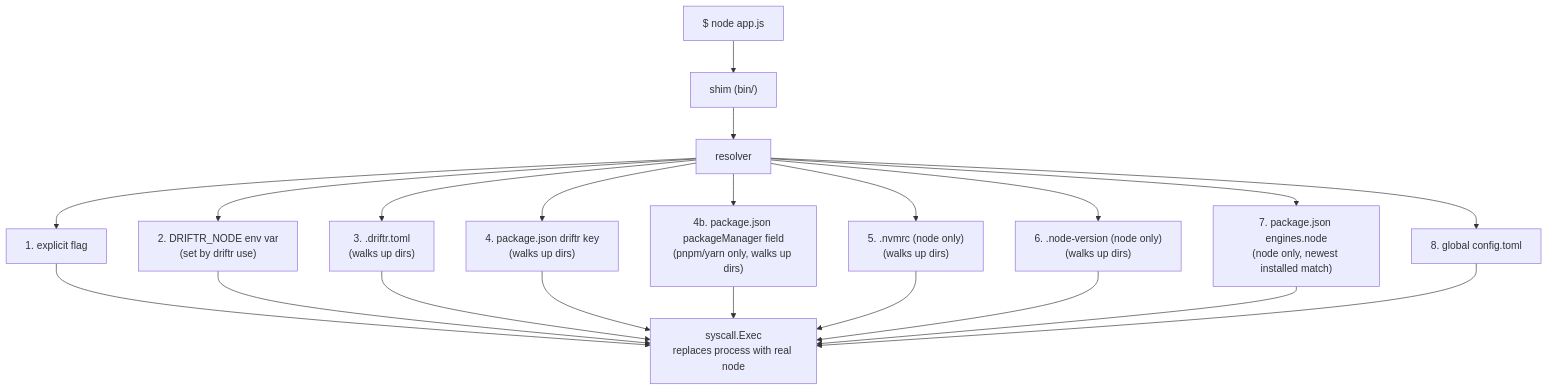
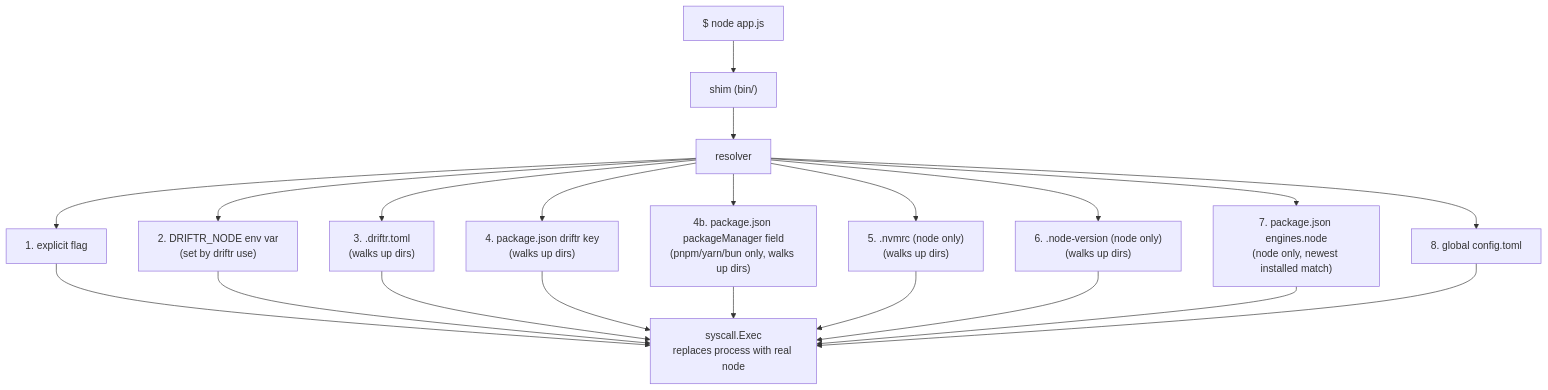
The diagram in README.md (StackMade/Driftr), drawn with Mermaid before and after one commit. The commit also changed other lines of this file and 25 other files, not shown here.

````diff
--- a/README.md
+++ b/README.md
@@ -169,15 +170,15 @@
 ```mermaid
 flowchart TD
     A["$ node app.js"] --> B["shim (bin/)"]
     B --> C["resolver"]
     C --> C1["1. explicit flag"]
     C --> C1b["2. DRIFTR_NODE env var\n(set by driftr use)"]
     C --> C2["3. .driftr.toml\n(walks up dirs)"]
     C --> C3["4. package.json driftr key\n(walks up dirs)"]
     C --> C4["5. .nvmrc (node only)\n(walks up dirs)"]
     C --> C5["6. .node-version (node only)\n(walks up dirs)"]
     C --> C6["7. package.json engines.node\n(node only, newest installed match)"]
     C --> C7["8. global config.toml"]
-    C --> C3b["4b. package.json packageManager field\n(pnpm/yarn only, walks up dirs)"]
+    C --> C3b["4b. package.json packageManager field\n(pnpm/yarn/bun only, walks up dirs)"]
     C1 & C1b & C2 & C3 & C3b & C4 & C5 & C6 & C7 --> D["syscall.Exec\nreplaces process with real node"]
 ```
````
